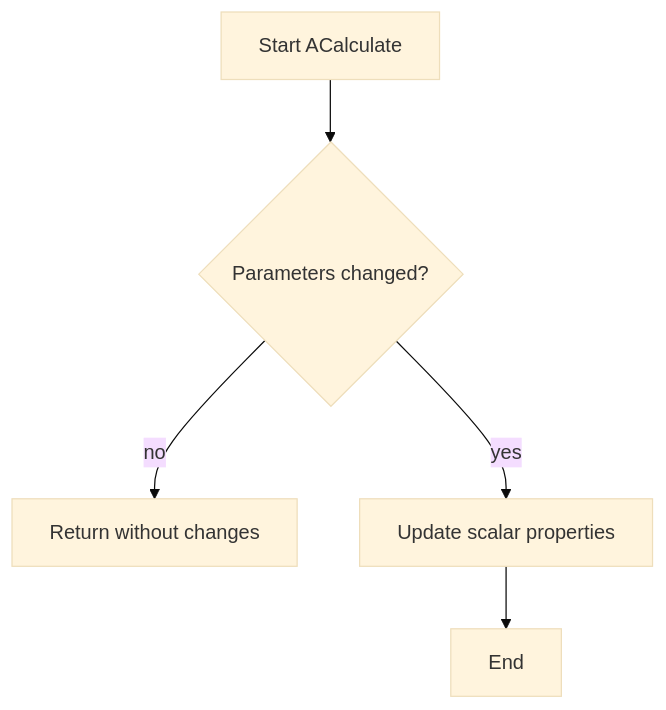
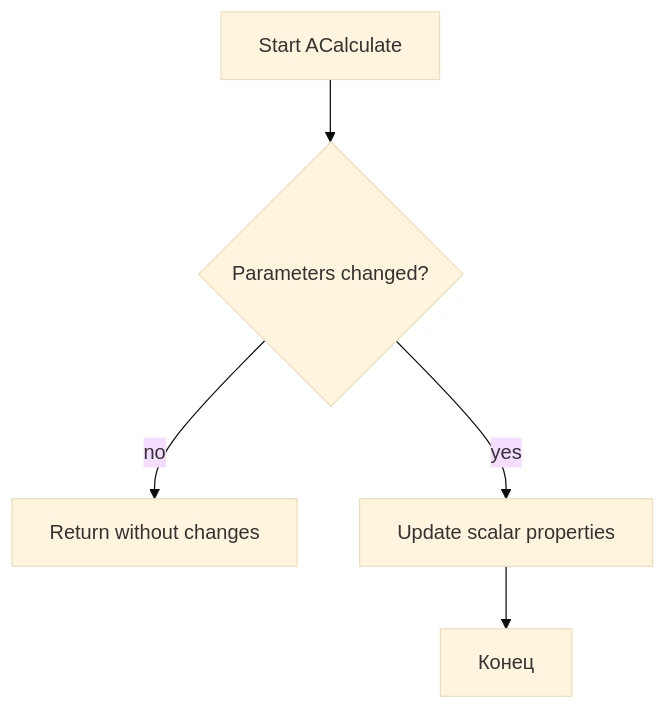
Before and after one commit to aicommunity/Rdk-BasicLib: the fourth of 5 diagrams in Docs/Components/UScalarSource.md, drawn with Mermaid (base theme). The commit also changed 9 other files, not shown here.

````diff
--- a/Docs/Components/UScalarSource.md
+++ b/Docs/Components/UScalarSource.md
@@ -68,7 +68,7 @@
 ```mermaid
 flowchart TD
     start[Start ACalculate] --> checkParams{Parameters changed?}
     checkParams -->|no| endNoOp[Return without changes]
     checkParams -->|yes| updateProps[Update scalar properties]
-    updateProps --> endNode[End]
+    updateProps --> endNode[Конец]
 ```
````
